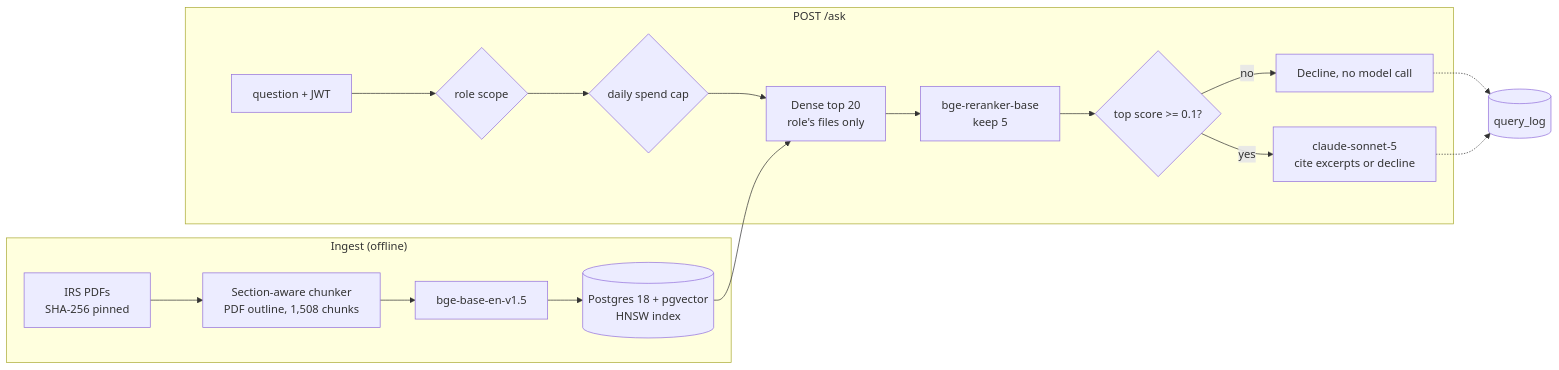
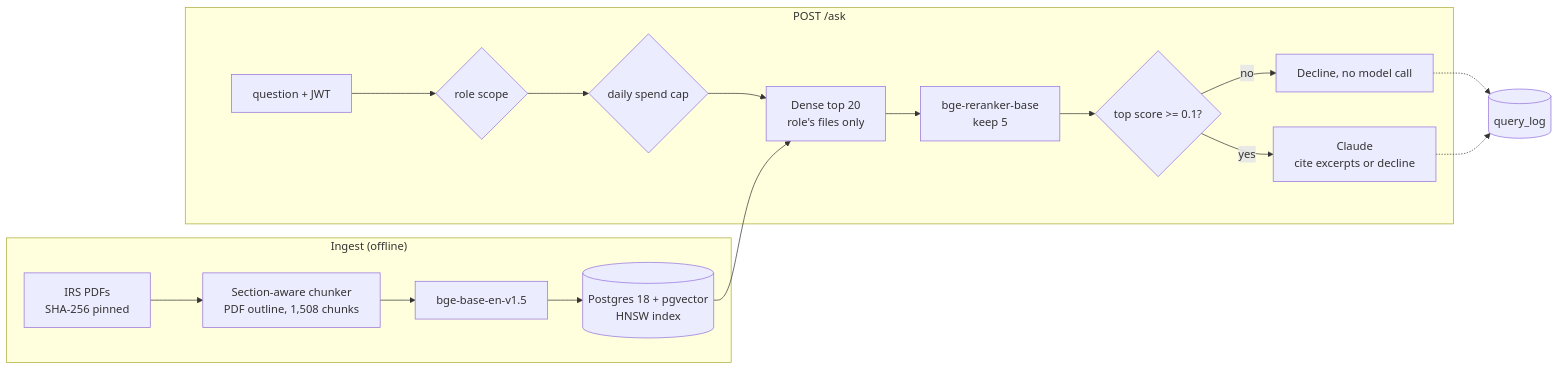
One commit to Mundzuk-Uldin/IRS-Pub17 changed the diagram in README.md. Above: the diagram before and after it, drawn with Mermaid. The commit also changed other lines of this file and 2 other files, not shown here.

First line of the commit message:
README and comments say "Claude", not a model comparison

````diff
--- a/README.md
+++ b/README.md
@@ -138,20 +136,20 @@
 ```mermaid
 flowchart LR
     subgraph ingest["Ingest (offline)"]
         pdf["IRS PDFs<br/>SHA-256 pinned"] --> chunk["Section-aware chunker<br/>PDF outline, 1,508 chunks"]
         chunk --> embed["bge-base-en-v1.5"]
         embed --> pg[("Postgres 18 + pgvector<br/>HNSW index")]
     end
     subgraph request["POST /ask"]
         q["question + JWT"] --> scope{"role scope"}
         scope --> cap{"daily spend cap"}
         cap --> dense["Dense top 20<br/>role's files only"]
         dense --> rerank["bge-reranker-base<br/>keep 5"]
         rerank --> gate{"top score >= 0.1?"}
         gate -- no --> decline["Decline, no model call"]
-        gate -- yes --> llm["claude-sonnet-5<br/>cite excerpts or decline"]
+        gate -- yes --> llm["Claude<br/>cite excerpts or decline"]
     end
     pg --> dense
     decline -.-> log[("query_log")]
     llm -.-> log
 ```
````
